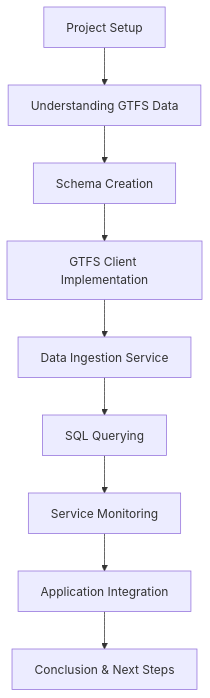
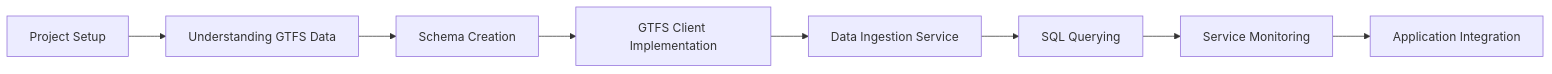
Before and after one commit to maglietti/explore-ai3: the diagram in tutorials/first-java-app/01-introduction.md, drawn with Mermaid. The commit also changed 6 other files, not shown here.

````diff
--- a/tutorials/first-java-app/01-introduction.md
+++ b/tutorials/first-java-app/01-introduction.md
@@ -66,11 +66,10 @@
 ```mermaid
-graph TD
+graph LR
     A[Project Setup] --> B[Understanding GTFS Data]
     B --> C[Schema Creation]
     C --> D[GTFS Client Implementation]
     D --> E[Data Ingestion Service]
     E --> F[SQL Querying]
     F --> G[Service Monitoring]
     G --> H[Application Integration]
-    H --> I[Conclusion & Next Steps]
 ```
````
